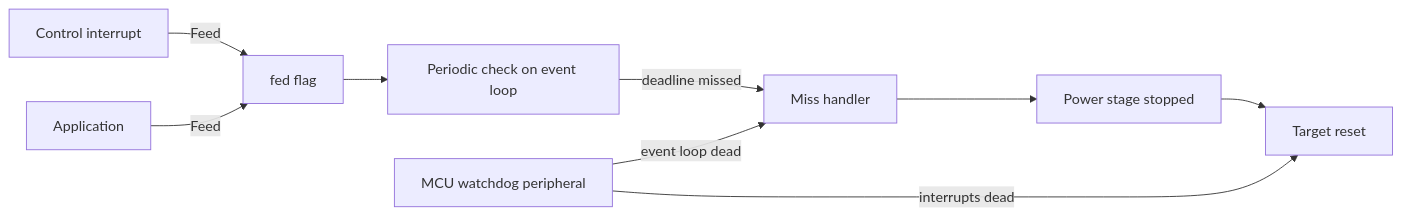
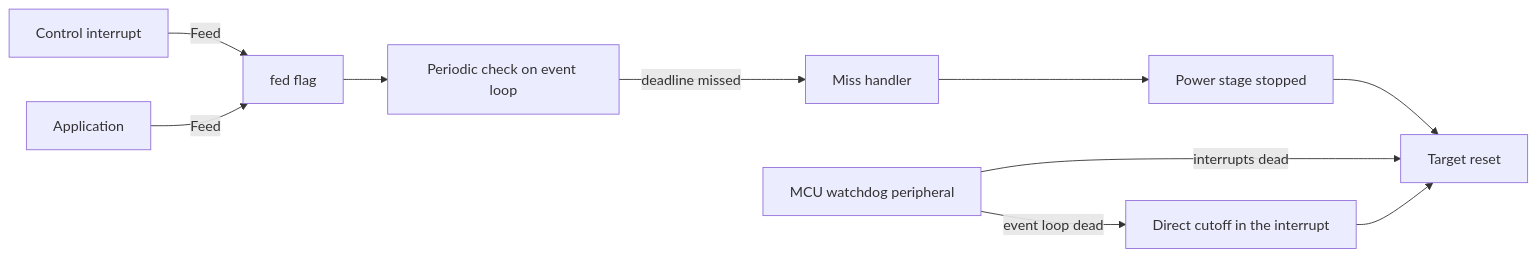
The fourth of 4 diagrams in documentation/design/watchdog.md (embedded-pro/e-foc), drawn with Mermaid before and after one commit. The commit also changed other lines of this file and 3 other files, not shown here.

First line of the commit message:
fix(ti): keep the watchdog interrupt path free of event-loop work

````diff
--- a/documentation/design/watchdog.md
+++ b/documentation/design/watchdog.md
@@ -230,11 +235,12 @@
 ```mermaid
 graph LR
     ISR[Control interrupt] -->|Feed| Flag[fed flag]
     App[Application] -->|Feed| Flag
     Flag --> Check[Periodic check on event loop]
     Check -->|deadline missed| Handler[Miss handler]
     Handler --> Safe[Power stage stopped]
     Safe --> Reset[Target reset]
     HW[MCU watchdog peripheral] -->|interrupts dead| Reset
-    HW -->|event loop dead| Handler
+    HW -->|event loop dead| Cut[Direct cutoff in the interrupt]
+    Cut --> Reset
 ```
````
